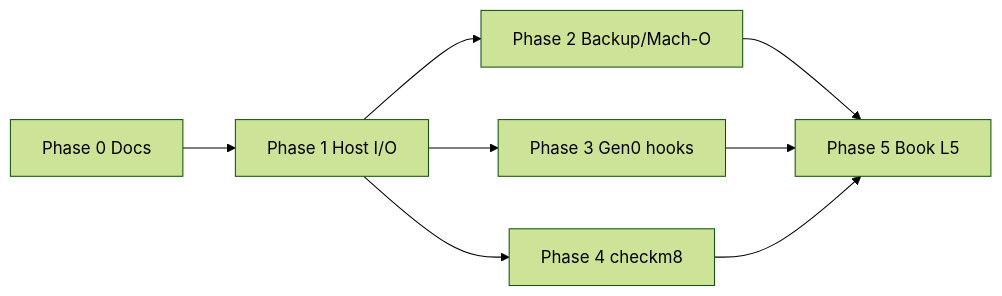
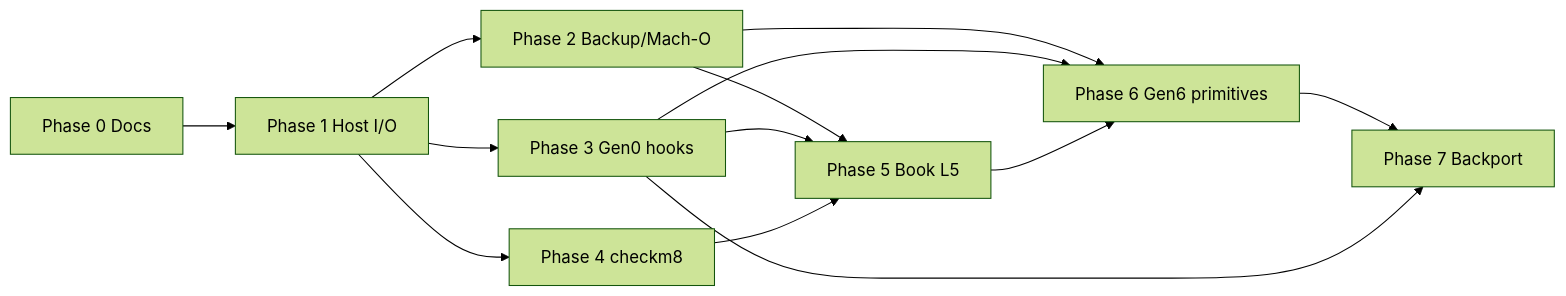
One commit to posixninja/purplepois0n changed the first of 2 diagrams in docs/legacy/INTEGRATION_PLAN.md. Above: the diagram before and after it, drawn with Mermaid (forest theme). The commit also changed other lines of this file and 166 other files, not shown here.

````diff
--- a/docs/legacy/INTEGRATION_PLAN.md
+++ b/docs/legacy/INTEGRATION_PLAN.md
@@ -11,16 +11,23 @@
 ```mermaid
 flowchart LR
     P0[Phase 0 Docs]
     P1[Phase 1 Host I/O]
     P2[Phase 2 Backup/Mach-O]
     P3[Phase 3 Gen0 hooks]
     P4[Phase 4 checkm8]
     P5[Phase 5 Book L5]
     P0 --> P1
     P1 --> P2
     P1 --> P3
     P1 --> P4
     P2 --> P5
     P3 --> P5
     P4 --> P5
+    P2 --> P6
+    P3 --> P6
+    P5 --> P6
+    P6[Phase 6 Gen6 primitives]
+    P6 --> P7
+    P3 --> P7
+    P7[Phase 7 Backport]
 ```
````
